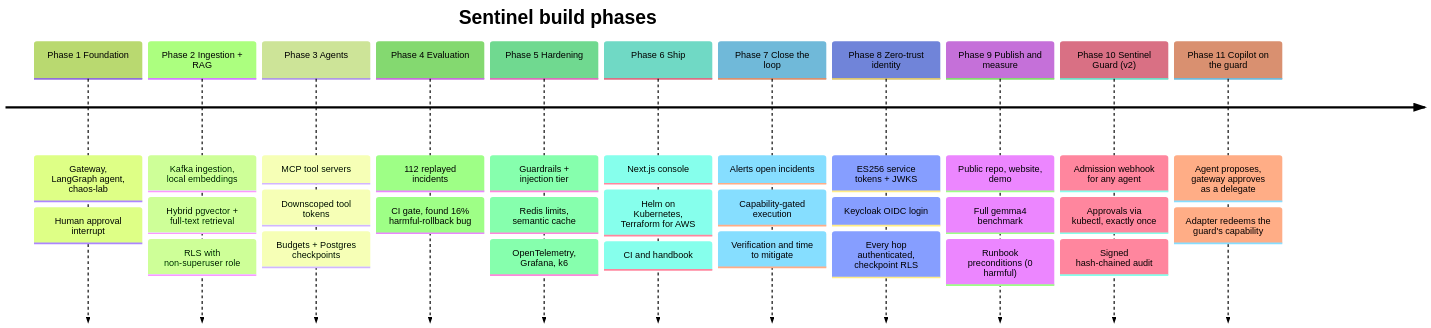
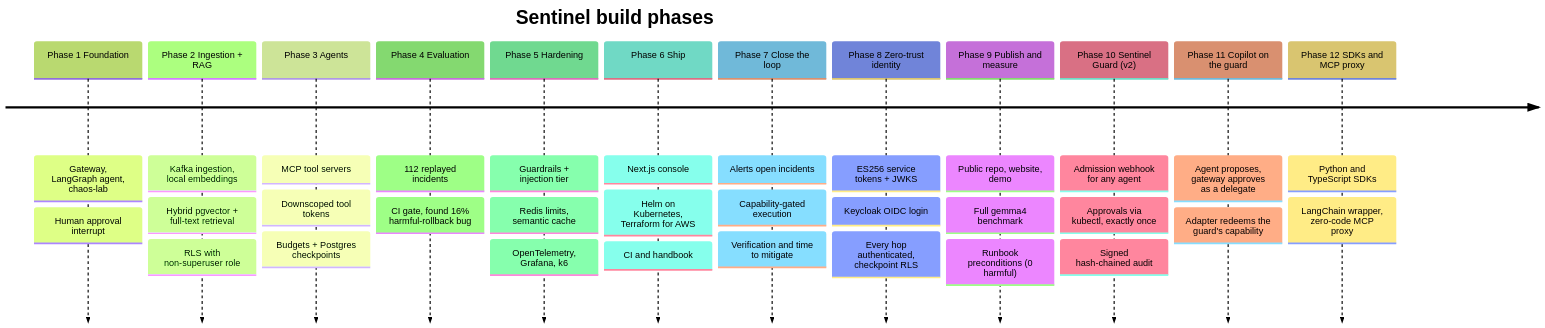
The diagram in docs/handbook/diagrams/01-timeline.mmd (abdulmdev/sentinel-incident-copilot), drawn with Mermaid (forest theme) before and after one commit. The commit also changed 52 other files, not shown here.

First line of the commit message:
SDKs and an MCP proxy: Sentinel Guard for agents outside Kubernetes

```diff
--- a/docs/handbook/diagrams/01-timeline.mmd
+++ b/docs/handbook/diagrams/01-timeline.mmd
@@ -1,13 +1,14 @@
 timeline
   title Sentinel build phases
   Phase 1 Foundation : Gateway, LangGraph agent, chaos-lab : Human approval interrupt
   Phase 2 Ingestion + RAG : Kafka ingestion, local embeddings : Hybrid pgvector + full-text retrieval : RLS with non-superuser role
   Phase 3 Agents : MCP tool servers : Downscoped tool tokens : Budgets + Postgres checkpoints
   Phase 4 Evaluation : 112 replayed incidents : CI gate, found 16% harmful-rollback bug
   Phase 5 Hardening : Guardrails + injection tier : Redis limits, semantic cache : OpenTelemetry, Grafana, k6
   Phase 6 Ship : Next.js console : Helm on Kubernetes, Terraform for AWS : CI and handbook
   Phase 7 Close the loop : Alerts open incidents : Capability-gated execution : Verification and time to mitigate
   Phase 8 Zero-trust identity : ES256 service tokens + JWKS : Keycloak OIDC login : Every hop authenticated, checkpoint RLS
   Phase 9 Publish and measure : Public repo, website, demo : Full gemma4 benchmark : Runbook preconditions (0 harmful)
   Phase 10 Sentinel Guard (v2) : Admission webhook for any agent : Approvals via kubectl, exactly once : Signed hash-chained audit
   Phase 11 Copilot on the guard : Agent proposes, gateway approves as a delegate : Adapter redeems the guard's capability
+  Phase 12 SDKs and MCP proxy : Python and TypeScript SDKs : LangChain wrapper, zero-code MCP proxy
```
